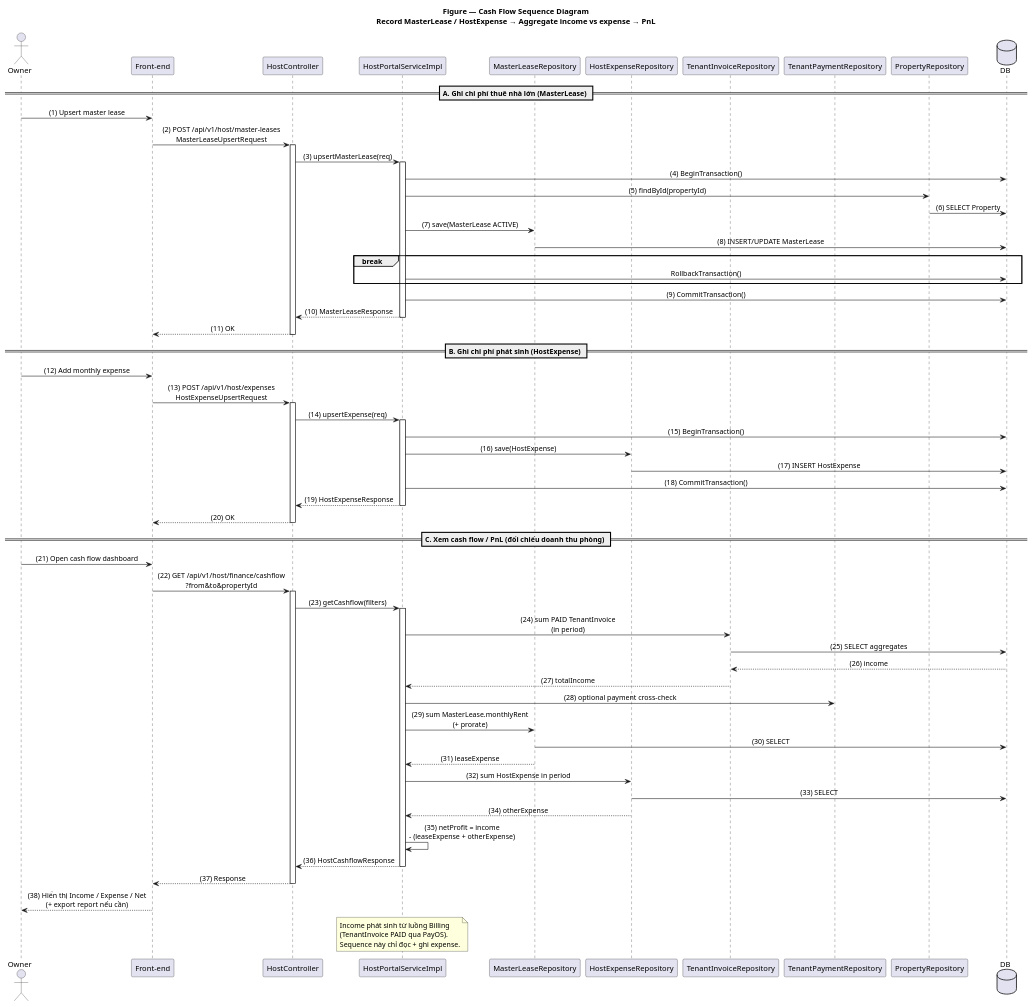
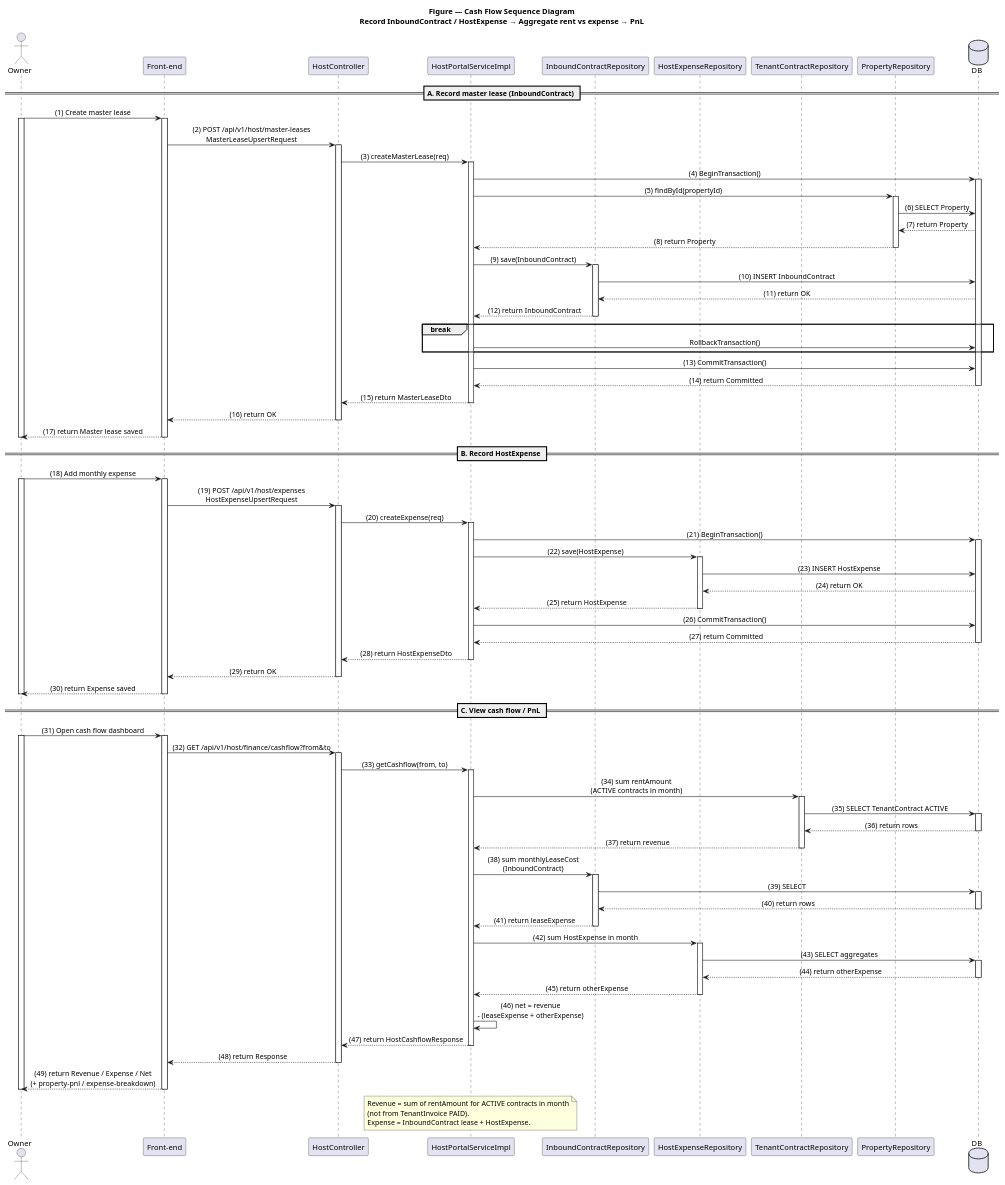
Before and after one commit to gowahskoja113/Sub-leasing-managemant-system: the diagram in docs/uml/main-flows/F6-cashflow-sequence.puml, drawn with PlantUML. The commit also changed 26 other files, not shown here.

Commit message:
update tenant contract status

```diff
--- a/docs/uml/main-flows/F6-cashflow-sequence.puml
+++ b/docs/uml/main-flows/F6-cashflow-sequence.puml
@@ -1,86 +1,130 @@
 @startuml F6_CashFlow_Sequence
-title Figure — Cash Flow Sequence Diagram\nRecord MasterLease / HostExpense → Aggregate income vs expense → PnL
+title Figure — Cash Flow Sequence Diagram\nRecord InboundContract / HostExpense → Aggregate rent vs expense → PnL
 
 skinparam sequenceMessageAlign center
 skinparam responseMessageBelowArrow true
 
 actor Owner
 participant "Front-end" as FE
 participant "HostController" as C
 participant "HostPortalServiceImpl" as S
-participant "MasterLeaseRepository" as MLR
+participant "InboundContractRepository" as ICR
 participant "HostExpenseRepository" as HER
-participant "TenantInvoiceRepository" as TIR
-participant "TenantPaymentRepository" as TPR
+participant "TenantContractRepository" as TCR
 participant "PropertyRepository" as PR
 database DB
 
-== A. Ghi chi phí thuê nhà lớn (MasterLease) ==
+== A. Record master lease (InboundContract) ==
 
-Owner -> FE : (1) Upsert master lease
+Owner -> FE : (1) Create master lease
+activate Owner
+activate FE
 FE -> C : (2) POST /api/v1/host/master-leases\nMasterLeaseUpsertRequest
 activate C
-C -> S : (3) upsertMasterLease(req)
+C -> S : (3) createMasterLease(req)
 activate S
 S -> DB : (4) BeginTransaction()
+activate DB
 S -> PR : (5) findById(propertyId)
+activate PR
 PR -> DB : (6) SELECT Property
-S -> MLR : (7) save(MasterLease ACTIVE)
-MLR -> DB : (8) INSERT/UPDATE MasterLease
+DB --> PR : (7) return Property
+PR --> S : (8) return Property
+deactivate PR
+S -> ICR : (9) save(InboundContract)
+activate ICR
+ICR -> DB : (10) INSERT InboundContract
+DB --> ICR : (11) return OK
+ICR --> S : (12) return InboundContract
+deactivate ICR
 break
   S -> DB : RollbackTransaction()
 end
-S -> DB : (9) CommitTransaction()
-S --> C : (10) MasterLeaseResponse
+S -> DB : (13) CommitTransaction()
+DB --> S : (14) return Committed
+deactivate DB
+S --> C : (15) return MasterLeaseDto
 deactivate S
-C --> FE : (11) OK
+C --> FE : (16) return OK
 deactivate C
+FE --> Owner : (17) return Master lease saved
+deactivate FE
+deactivate Owner
 
-== B. Ghi chi phí phát sinh (HostExpense) ==
+== B. Record HostExpense ==
 
-Owner -> FE : (12) Add monthly expense
-FE -> C : (13) POST /api/v1/host/expenses\nHostExpenseUpsertRequest
+Owner -> FE : (18) Add monthly expense
+activate Owner
+activate FE
+FE -> C : (19) POST /api/v1/host/expenses\nHostExpenseUpsertRequest
 activate C
-C -> S : (14) upsertExpense(req)
+C -> S : (20) createExpense(req)
 activate S
-S -> DB : (15) BeginTransaction()
-S -> HER : (16) save(HostExpense)
-HER -> DB : (17) INSERT HostExpense
-S -> DB : (18) CommitTransaction()
-S --> C : (19) HostExpenseResponse
+S -> DB : (21) BeginTransaction()
+activate DB
+S -> HER : (22) save(HostExpense)
+activate HER
+HER -> DB : (23) INSERT HostExpense
+DB --> HER : (24) return OK
+HER --> S : (25) return HostExpense
+deactivate HER
+S -> DB : (26) CommitTransaction()
+DB --> S : (27) return Committed
+deactivate DB
+S --> C : (28) return HostExpenseDto
 deactivate S
-C --> FE : (20) OK
+C --> FE : (29) return OK
 deactivate C
+FE --> Owner : (30) return Expense saved
+deactivate FE
+deactivate Owner
 
-== C. Xem cash flow / PnL (đối chiếu doanh thu phòng) ==
+== C. View cash flow / PnL ==
 
-Owner -> FE : (21) Open cash flow dashboard
-FE -> C : (22) GET /api/v1/host/finance/cashflow\n?from&to&propertyId
+Owner -> FE : (31) Open cash flow dashboard
+activate Owner
+activate FE
+FE -> C : (32) GET /api/v1/host/finance/cashflow?from&to
 activate C
-C -> S : (23) getCashflow(filters)
+C -> S : (33) getCashflow(from, to)
 activate S
-S -> TIR : (24) sum PAID TenantInvoice\n(in period)
-TIR -> DB : (25) SELECT aggregates
-DB --> TIR : (26) income
-TIR --> S : (27) totalIncome
-S -> TPR : (28) optional payment cross-check
-S -> MLR : (29) sum MasterLease.monthlyRent\n(+ prorate)
-MLR -> DB : (30) SELECT
-MLR --> S : (31) leaseExpense
-S -> HER : (32) sum HostExpense in period
-HER -> DB : (33) SELECT
-HER --> S : (34) otherExpense
-S -> S : (35) netProfit = income\n- (leaseExpense + otherExpense)
-S --> C : (36) HostCashflowResponse
+S -> TCR : (34) sum rentAmount\n(ACTIVE contracts in month)
+activate TCR
+TCR -> DB : (35) SELECT TenantContract ACTIVE
+activate DB
+DB --> TCR : (36) return rows
+deactivate DB
+TCR --> S : (37) return revenue
+deactivate TCR
+S -> ICR : (38) sum monthlyLeaseCost\n(InboundContract)
+activate ICR
+ICR -> DB : (39) SELECT
+activate DB
+DB --> ICR : (40) return rows
+deactivate DB
+ICR --> S : (41) return leaseExpense
+deactivate ICR
+S -> HER : (42) sum HostExpense in month
+activate HER
+HER -> DB : (43) SELECT aggregates
+activate DB
+DB --> HER : (44) return otherExpense
+deactivate DB
+HER --> S : (45) return otherExpense
+deactivate HER
+S -> S : (46) net = revenue\n- (leaseExpense + otherExpense)
+S --> C : (47) return HostCashflowResponse
 deactivate S
-C --> FE : (37) Response
+C --> FE : (48) return Response
 deactivate C
-FE --> Owner : (38) Hiển thị Income / Expense / Net\n(+ export report nếu cần)
+FE --> Owner : (49) return Revenue / Expense / Net\n(+ property-pnl / expense-breakdown)
+deactivate FE
+deactivate Owner
 
 note over S
-  Income phát sinh từ luồng Billing
-  (TenantInvoice PAID qua PayOS).
-  Sequence này chỉ đọc + ghi expense.
+  Revenue = sum of rentAmount for ACTIVE contracts in month
+  (not from TenantInvoice PAID).
+  Expense = InboundContract lease + HostExpense.
 end note
 
 @enduml
```
